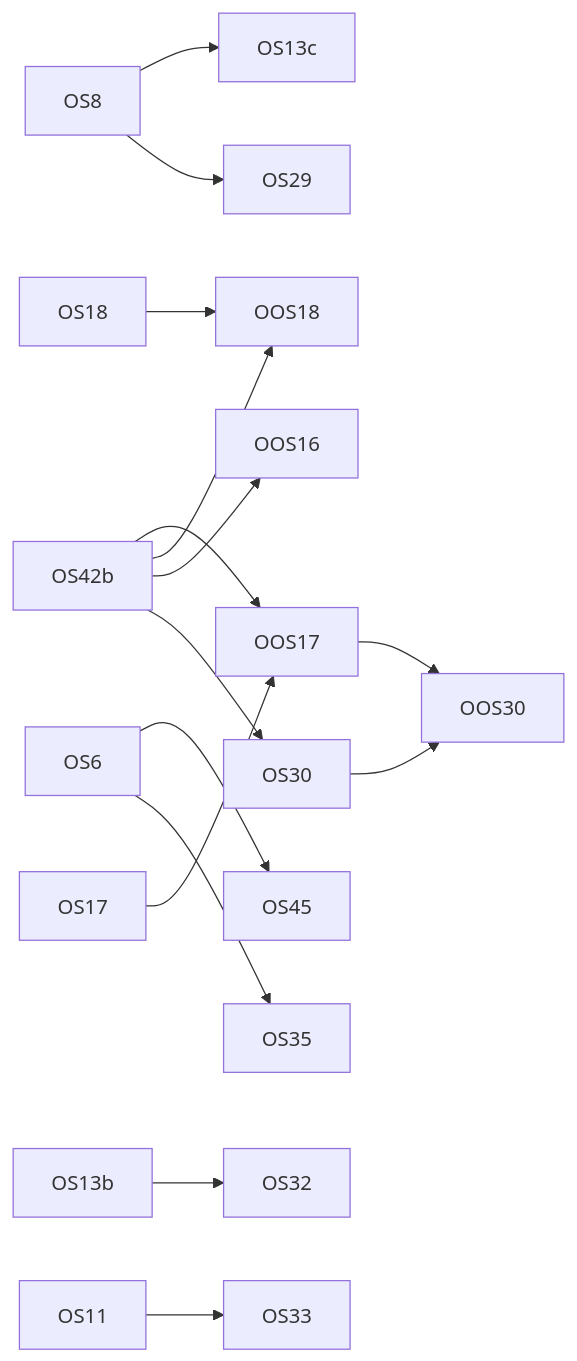
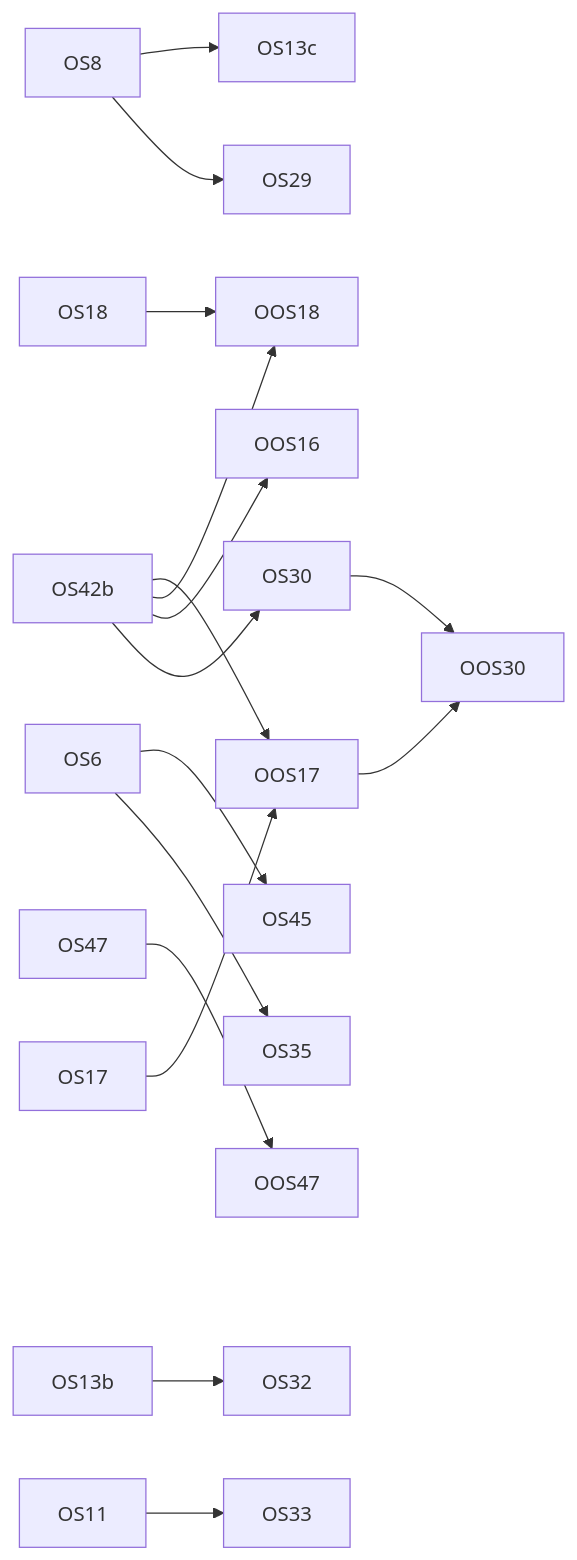
The diagram in PLAN_ORGANIC_SEARCH.md (diy-accounting-uk/submit.diyaccounting.co.uk), drawn with Mermaid before and after one commit. The commit also changed other lines of this file and 1 other file, not shown here.

````diff
--- a/PLAN_ORGANIC_SEARCH.md
+++ b/PLAN_ORGANIC_SEARCH.md
@@ -901,17 +903,18 @@
 ```mermaid
 flowchart LR
   OS6 --> OS45
   OS8 --> OS13c
   OS42b --> OOS17
   OS42b --> OOS18
   OS17 --> OOS17
   OS18 --> OOS18
   OS42b --> OOS16
+  OS47 --> OOS47
   OS8 --> OS29
   OS30 --> OOS30
   OOS17 --> OOS30
   OS13b --> OS32
   OS42b --> OS30
   OS11 --> OS33
   OS6 --> OS35
 ```
````
